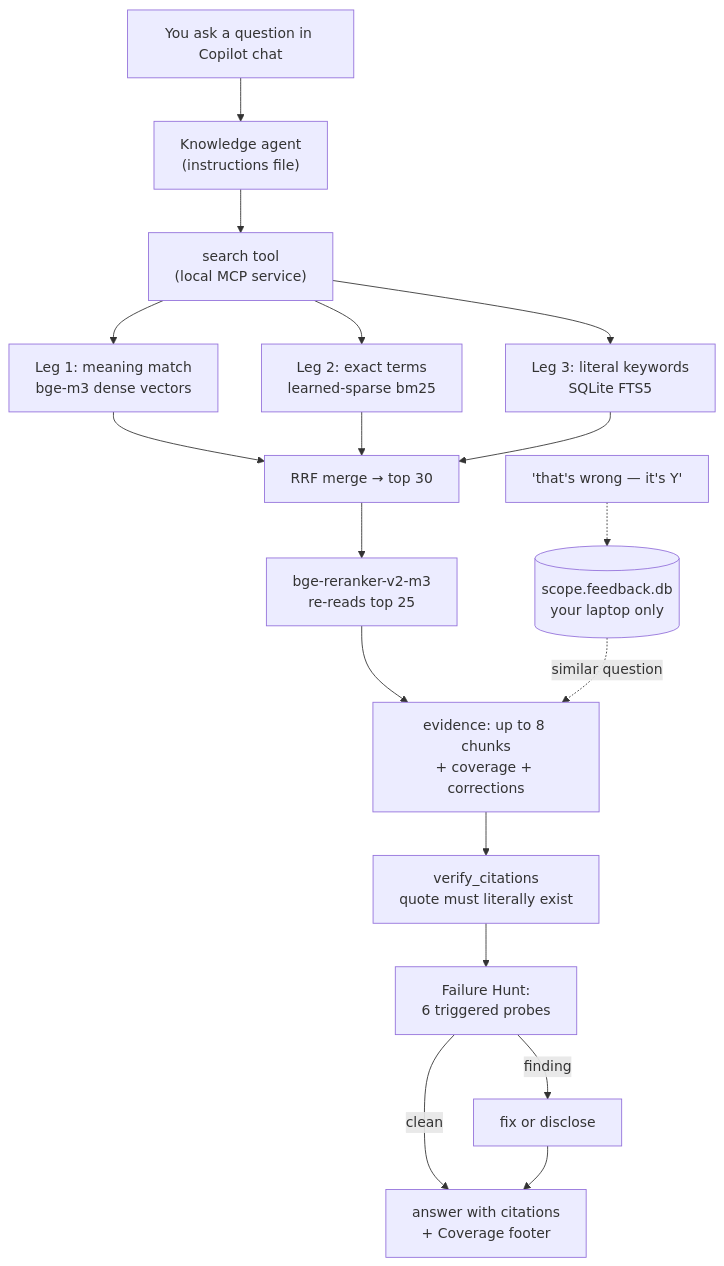
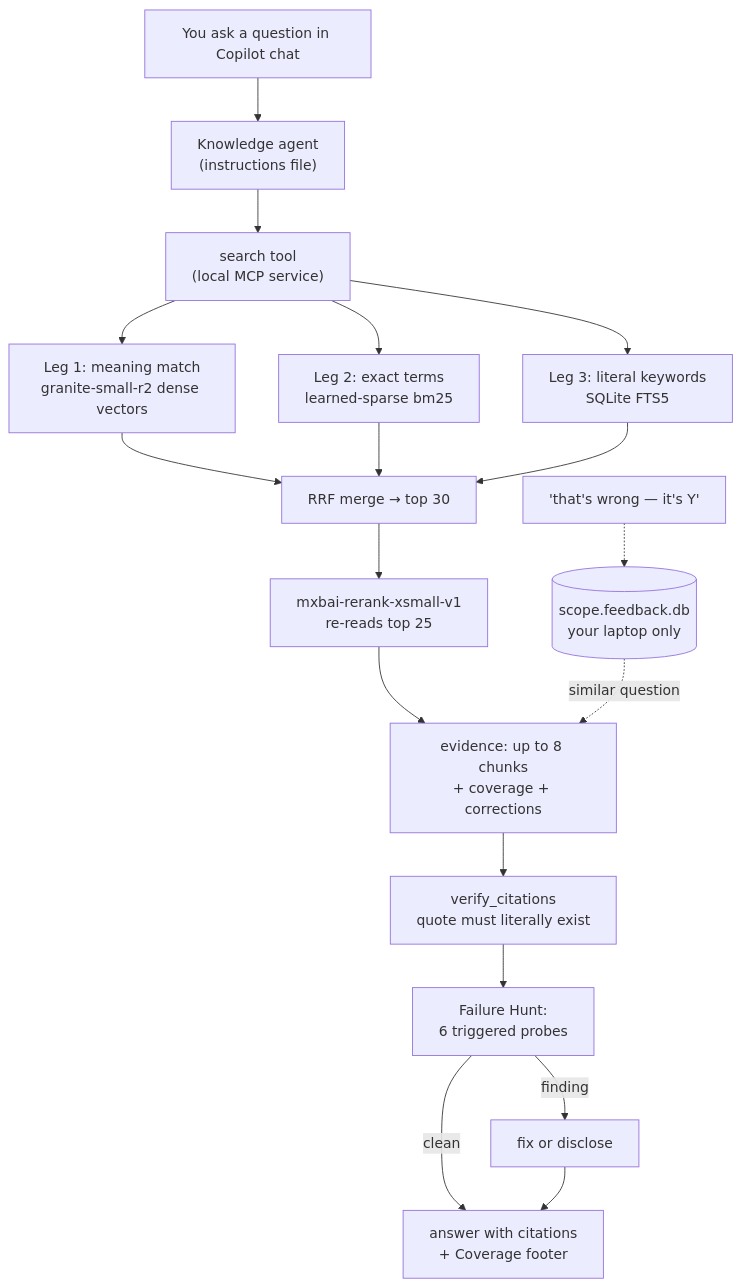
Before and after one commit to nkunal1992/agents: the diagram in docs/knowledge-agent-kt-guide.md, drawn with Mermaid. The commit also changed other lines of this file and 26 other files, not shown here.

First line of the commit message:
#211 Granite embedder + mxbai reranker — full BAAI removal + light-model battery retune

````diff
--- a/docs/knowledge-agent-kt-guide.md
+++ b/docs/knowledge-agent-kt-guide.md
@@ -21,18 +21,18 @@
 ```mermaid
 flowchart TD
     Q["You ask a question in Copilot chat"] --> AG["Knowledge agent<br/>(instructions file)"]
     AG --> SE["search tool<br/>(local MCP service)"]
-    SE --> D["Leg 1: meaning match<br/>bge-m3 dense vectors"]
+    SE --> D["Leg 1: meaning match<br/>granite-small-r2 dense vectors"]
     SE --> SP["Leg 2: exact terms<br/>learned-sparse bm25"]
     SE --> FT["Leg 3: literal keywords<br/>SQLite FTS5"]
     D & SP & FT --> FU["RRF merge → top 30"]
-    FU --> RR["bge-reranker-v2-m3<br/>re-reads top 25"]
+    FU --> RR["mxbai-rerank-xsmall-v1<br/>re-reads top 25"]
     RR --> EV["evidence: up to 8 chunks<br/>+ coverage + corrections"]
     EV --> VC["verify_citations<br/>quote must literally exist"]
     VC --> FH["Failure Hunt:<br/>6 triggered probes"]
     FH -->|finding| FX["fix or disclose"]
     FH -->|clean| ANS
     FX --> ANS["answer with citations<br/>+ Coverage footer"]
     C["'that's wrong — it's Y'"] -.-> FB[("scope.feedback.db<br/>your laptop only")]
     FB -.->|similar question| EV
 ```
````
